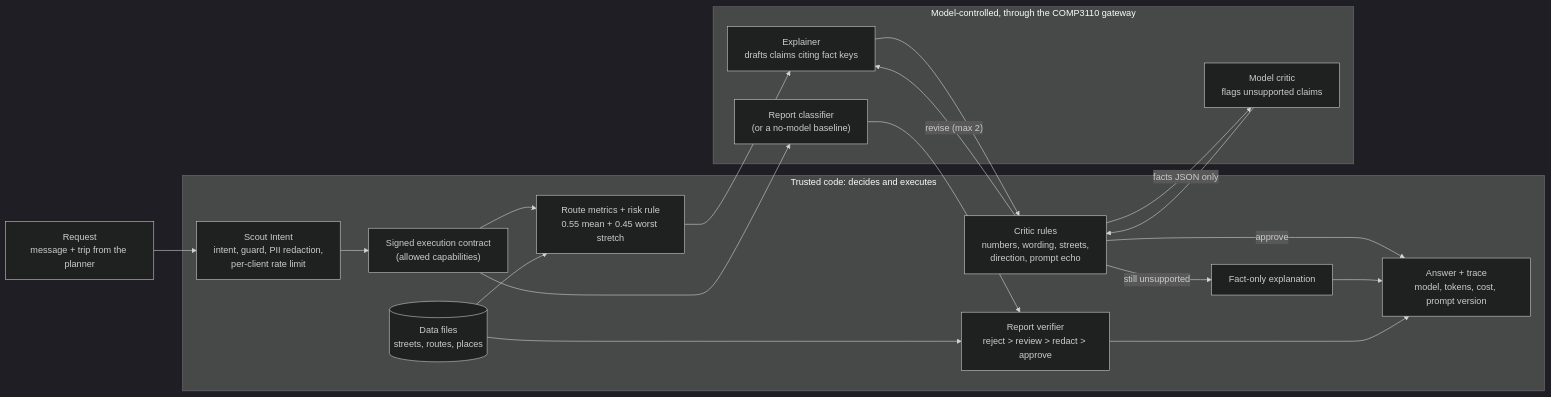
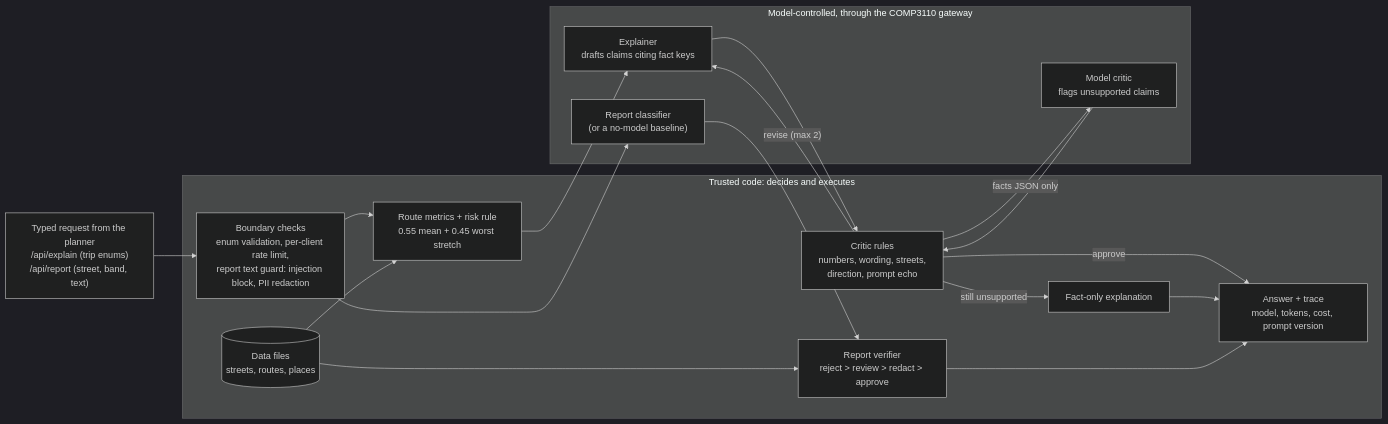
Before and after one commit to shuruthy24/Athena: the first of 2 diagrams in docs/design.md, drawn with Mermaid (dark theme). The commit also changed other lines of this file and 9 other files, not shown here.

````diff
--- a/docs/design.md
+++ b/docs/design.md
@@ -9,29 +9,28 @@
 ```mermaid
 flowchart LR
-    RQ[Request<br/>message + trip from the planner]
+    RQ["Typed request from the planner<br/>/api/explain (trip enums)<br/>/api/report (street, band, text)"]
     subgraph TRUSTED["Trusted code: decides and executes"]
-        SC["Scout Intent<br/>intent, guard, PII redaction,<br/>per-client rate limit"]
-        CT["Signed execution contract<br/>(allowed capabilities)"]
+        SC["Boundary checks<br/>enum validation, per-client rate limit,<br/>report text guard: injection block, PII redaction"]
         RM["Route metrics + risk rule<br/>0.55 mean + 0.45 worst stretch"]
         RU["Critic rules<br/>numbers, wording, streets,<br/>direction, prompt echo"]
         VR["Report verifier<br/>reject > review > redact > approve"]
         FB["Fact-only explanation"]
         DT[("Data files<br/>streets, routes, places")]
         OUT["Answer + trace<br/>model, tokens, cost, prompt version"]
     end
     subgraph MODEL["Model-controlled, through the COMP3110 gateway"]
         EX["Explainer<br/>drafts claims citing fact keys"]
         CR["Model critic<br/>flags unsupported claims"]
         CL["Report classifier<br/>(or a no-model baseline)"]
     end
-    RQ --> SC --> CT
-    CT --> RM --> EX --> RU
+    RQ --> SC
+    SC --> RM --> EX --> RU
     DT --> RM
     RU -- "facts JSON only" --> CR
     CR --> RU
     RU -->|"revise (max 2)"| EX
     RU -->|"approve"| OUT
     RU -->|"still unsupported"| FB --> OUT
-    CT --> CL --> VR --> OUT
+    SC --> CL --> VR --> OUT
     DT --> VR
 ```
````
